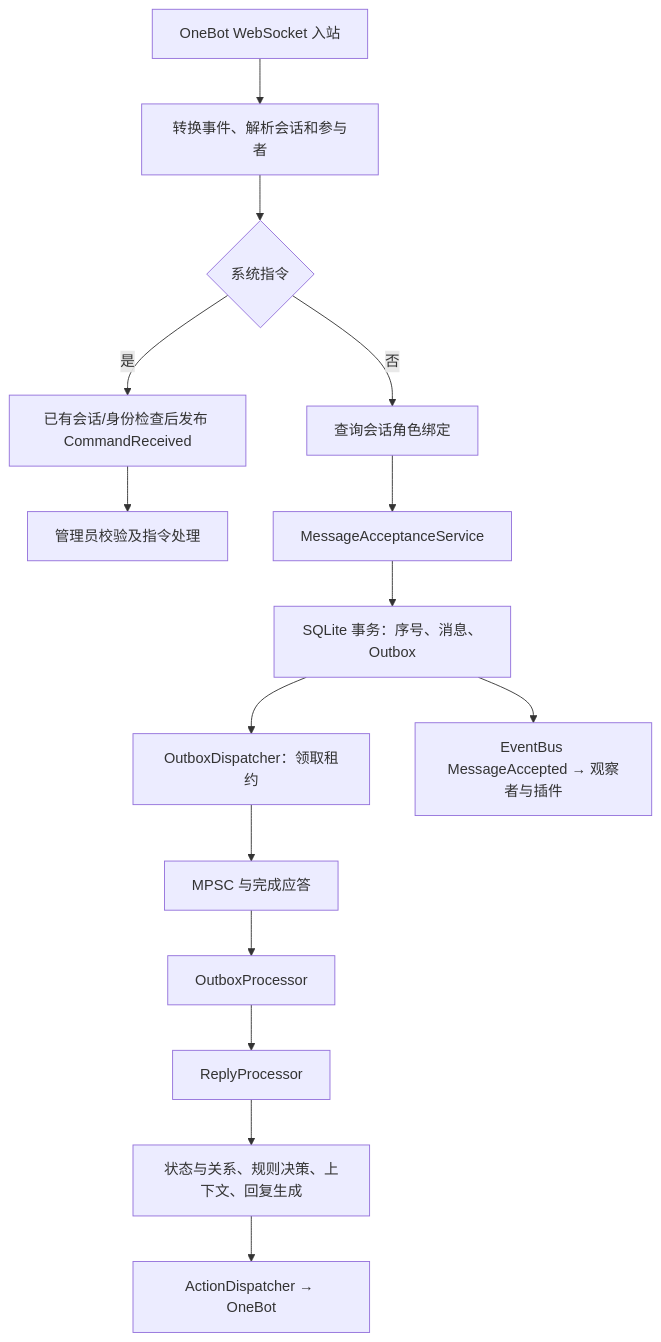
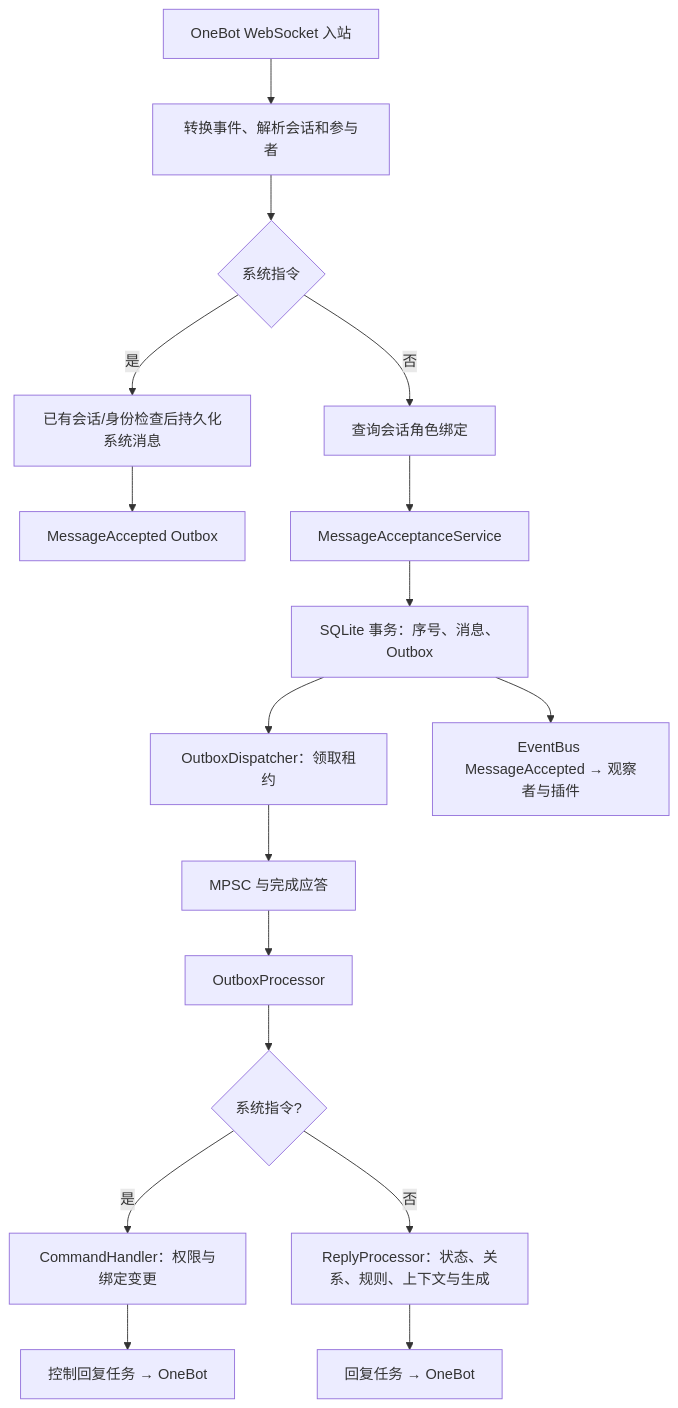
One commit to yomua-cat/yomua-bot changed the diagram in docs/architecture.md. Above: the diagram before and after it, drawn with Mermaid. The commit also changed other lines of this file and 12 other files, not shown here.

````diff
--- a/docs/architecture.md
+++ b/docs/architecture.md
@@ -22,17 +22,19 @@
 ```mermaid
 flowchart TD
     A[OneBot WebSocket 入站] --> B[转换事件、解析会话和参与者]
     B --> C{系统指令}
-    C -->|是| D[已有会话/身份检查后发布 CommandReceived]
-    D --> E[管理员校验及指令处理]
+    C -->|是| D[已有会话/身份检查后持久化系统消息]
+    D --> E[MessageAccepted Outbox]
     C -->|否| F[查询会话角色绑定]
     F --> G[MessageAcceptanceService]
     G --> H[SQLite 事务：序号、消息、Outbox]
     H --> I[OutboxDispatcher：领取租约]
     I --> J[MPSC 与完成应答]
     J --> K[OutboxProcessor]
-    K --> L[ReplyProcessor]
-    L --> M[状态与关系、规则决策、上下文、回复生成]
-    M --> N[ActionDispatcher → OneBot]
-    H --> O[EventBus MessageAccepted → 观察者与插件]
+    K --> L{系统指令?}
+    L -->|是| M[CommandHandler：权限与绑定变更]
+    L -->|否| N[ReplyProcessor：状态、关系、规则、上下文与生成]
+    M --> O[控制回复任务 → OneBot]
+    N --> P[回复任务 → OneBot]
+    H --> Q[EventBus MessageAccepted → 观察者与插件]
 ```
````
